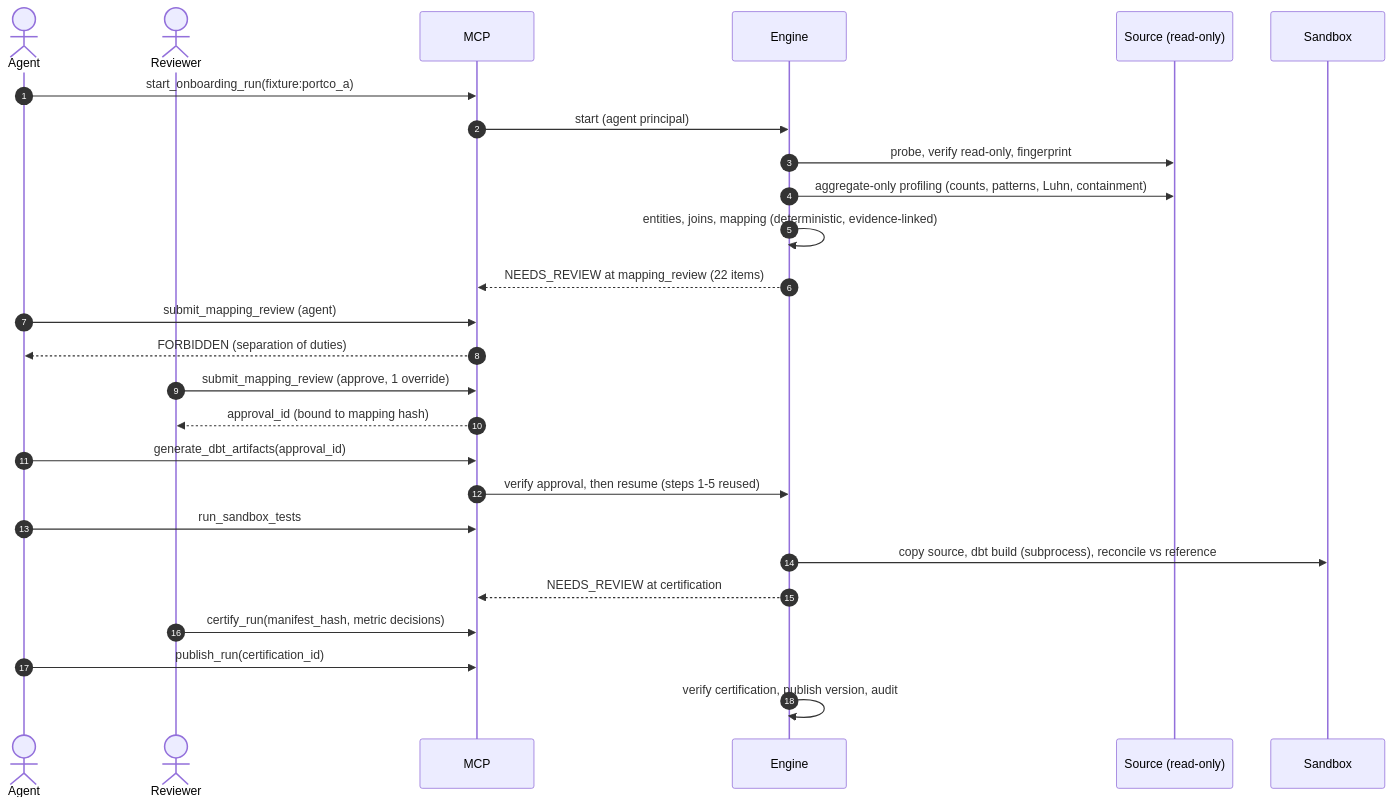
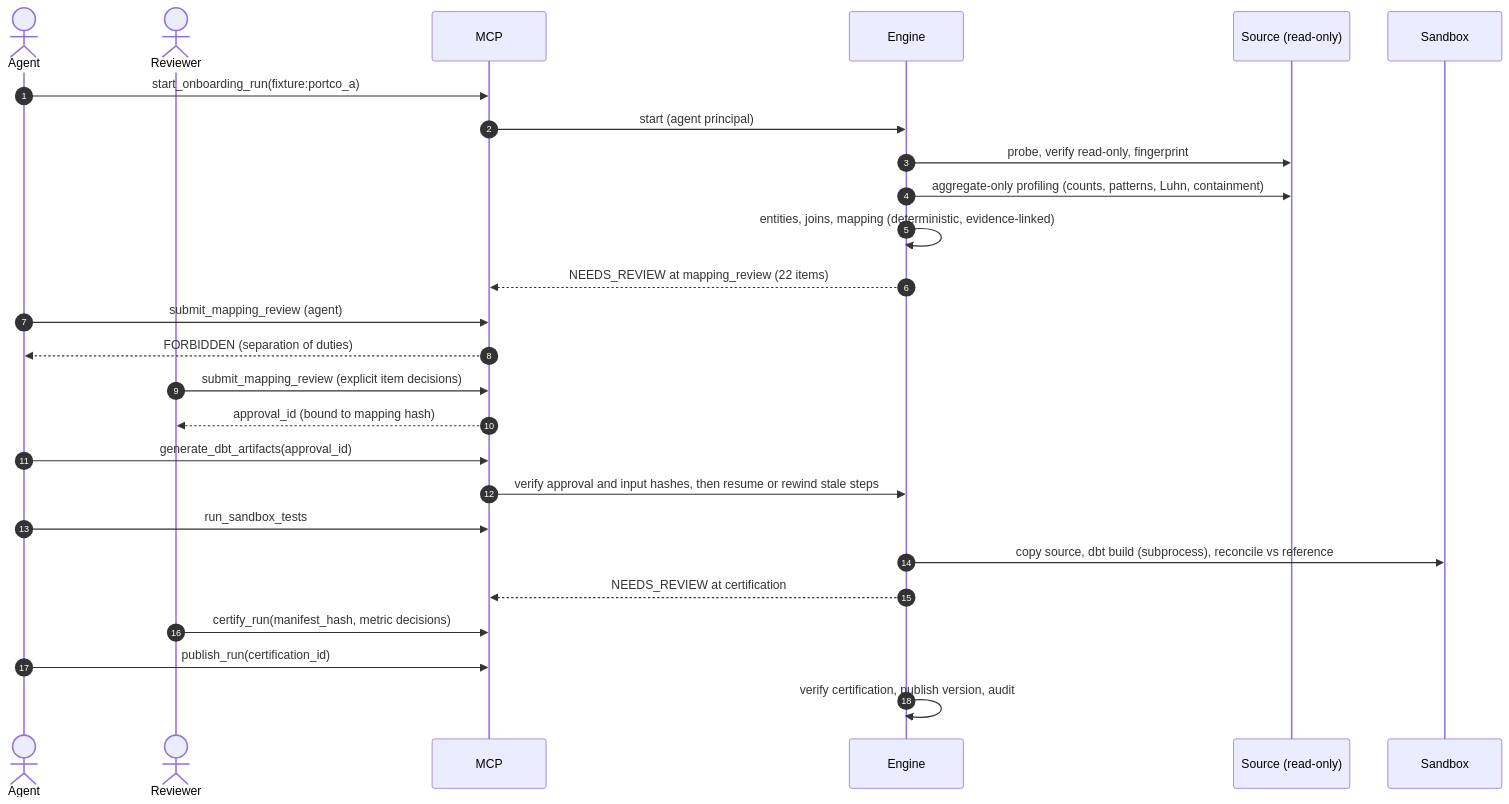
Before and after one commit to ahines99/portco-data-onboarding: the second of 3 diagrams in docs/architecture.md, drawn with Mermaid. The commit also changed other lines of this file and 79 other files, not shown here.

````diff
--- a/docs/architecture.md
+++ b/docs/architecture.md
@@ -43,28 +43,28 @@
 ```mermaid
 sequenceDiagram
   autonumber
   actor Agent
   actor Reviewer
   participant MCP
   participant Engine
   participant Source as Source (read-only)
   participant Sandbox
   Agent->>MCP: start_onboarding_run(fixture:portco_a)
   MCP->>Engine: start (agent principal)
   Engine->>Source: probe, verify read-only, fingerprint
   Engine->>Source: aggregate-only profiling (counts, patterns, Luhn, containment)
   Engine->>Engine: entities, joins, mapping (deterministic, evidence-linked)
   Engine-->>MCP: NEEDS_REVIEW at mapping_review (22 items)
   Agent->>MCP: submit_mapping_review (agent)
   MCP-->>Agent: FORBIDDEN (separation of duties)
-  Reviewer->>MCP: submit_mapping_review (approve, 1 override)
+  Reviewer->>MCP: submit_mapping_review (explicit item decisions)
   MCP-->>Reviewer: approval_id (bound to mapping hash)
   Agent->>MCP: generate_dbt_artifacts(approval_id)
-  MCP->>Engine: verify approval, then resume (steps 1-5 reused)
+  MCP->>Engine: verify approval and input hashes, then resume or rewind stale steps
   Agent->>MCP: run_sandbox_tests
   Engine->>Sandbox: copy source, dbt build (subprocess), reconcile vs reference
   Engine-->>MCP: NEEDS_REVIEW at certification
   Reviewer->>MCP: certify_run(manifest_hash, metric decisions)
   Agent->>MCP: publish_run(certification_id)
   Engine->>Engine: verify certification, publish version, audit
 ```
````
